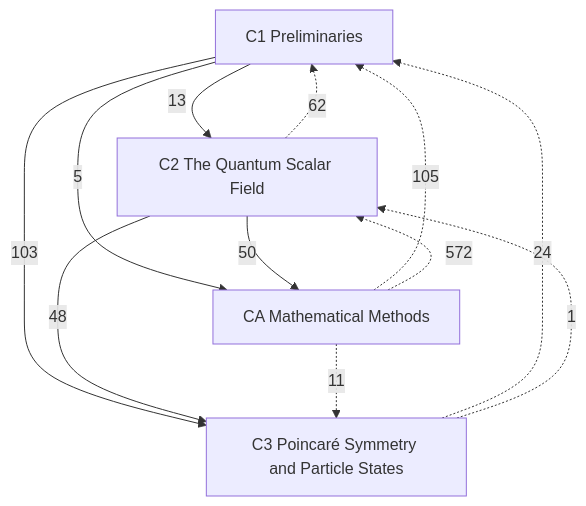
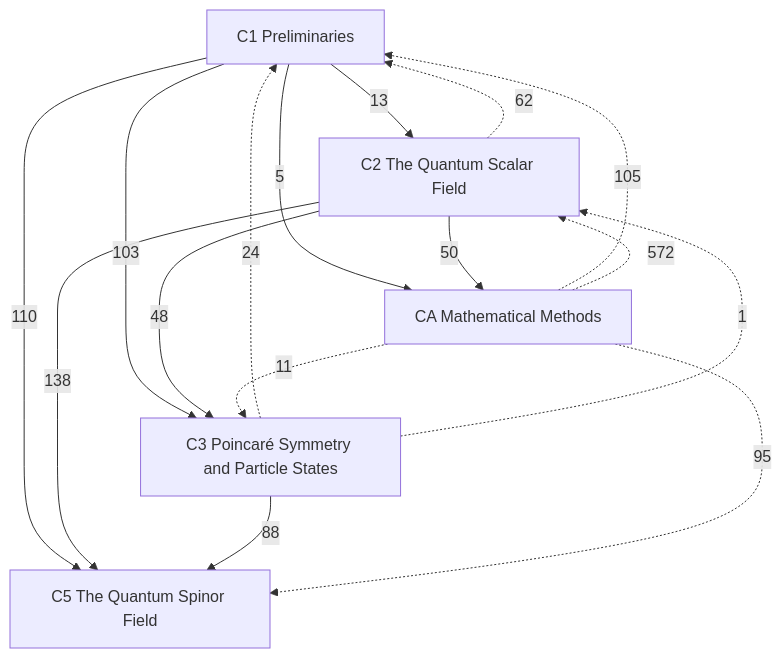
Before and after one commit to Onion20040508/notes: the diagram in Physics/Quantum Field Theory/Quantum Field Theory.md, drawn with Mermaid. The commit also changed other lines of this file and 6 other files, not shown here.

````diff
--- a/Physics/Quantum Field Theory/Quantum Field Theory.md
+++ b/Physics/Quantum Field Theory/Quantum Field Theory.md
@@ -23,18 +24,23 @@
 ```mermaid
 graph TD
   C1["C1 Preliminaries"]
   C2["C2 The Quantum Scalar Field"]
   C3["C3 Poincaré Symmetry and Particle States"]
+  C5["C5 The Quantum Spinor Field"]
   CA["CA Mathematical Methods"]
   C1 -->|13| C2
   C1 -->|103| C3
   C2 -->|48| C3
+  C1 -->|110| C5
+  C2 -->|138| C5
+  C3 -->|88| C5
   C1 -->|5| CA
   C2 -->|50| CA
   C2 -.->|62| C1
   C3 -.->|24| C1
   CA -.->|105| C1
   C3 -.->|1| C2
   CA -.->|572| C2
   CA -.->|11| C3
+  CA -.->|95| C5
 ```
````
